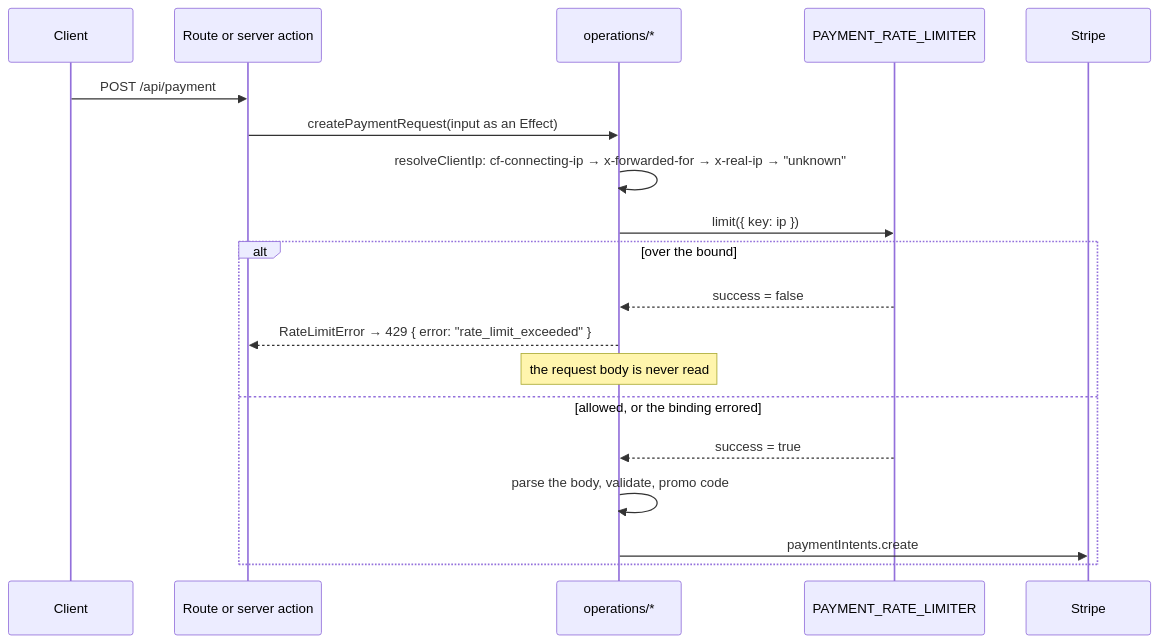
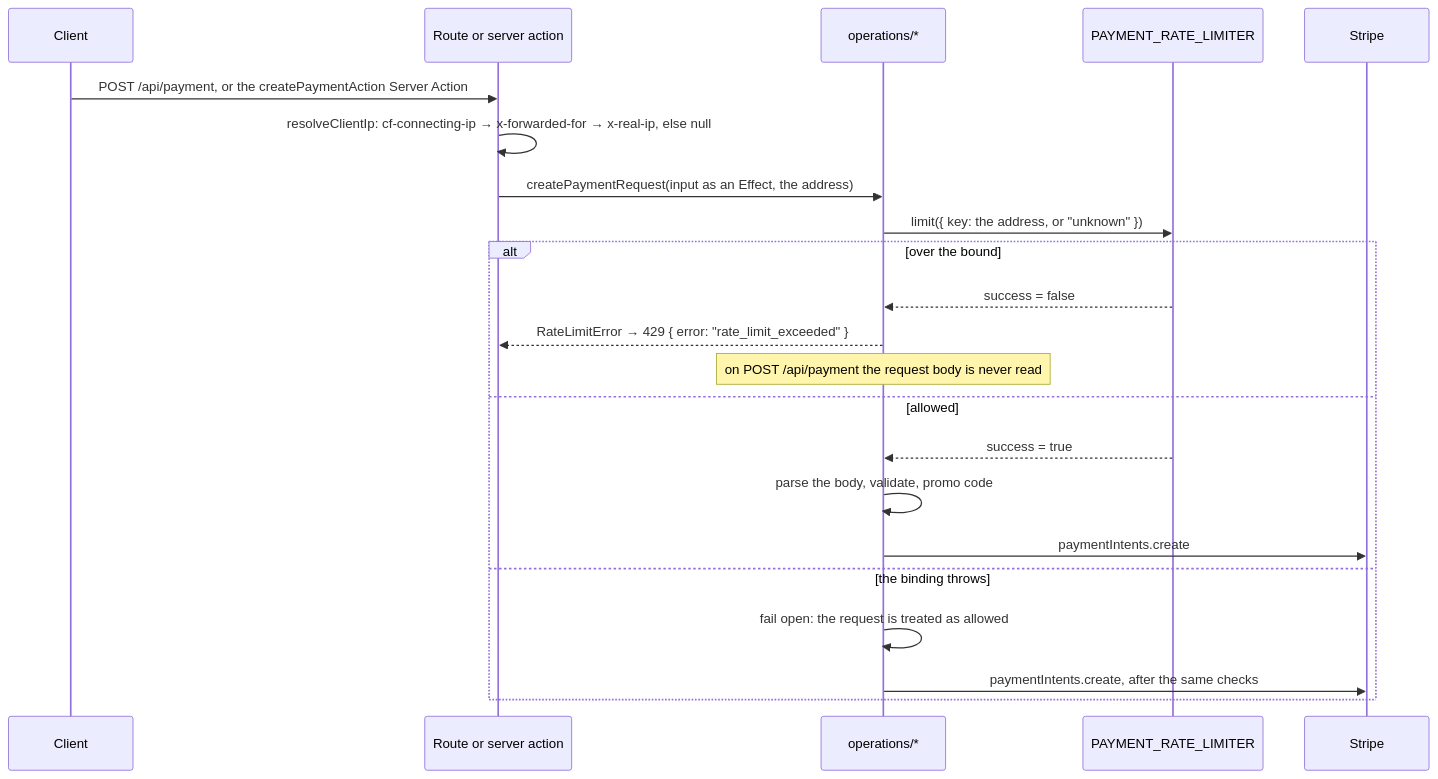
Before and after one commit to fbuireu/forever-pto: the diagram in apps/docs/src/content/docs/how-it-works/rate-limiting.mdx, drawn with Mermaid. The commit also changed 21 other files, not shown here.

````diff
--- a/apps/docs/src/content/docs/how-it-works/rate-limiting.mdx
+++ b/apps/docs/src/content/docs/how-it-works/rate-limiting.mdx
@@ -12,26 +12,29 @@
 ```mermaid
 ---
 config:
   look: handDrawn
   layout: dagre
 ---
 sequenceDiagram
   participant C as Client
   participant R as Route or server action
   participant OP as operations/*
   participant L as PAYMENT_RATE_LIMITER
   participant S as Stripe
-  C->>R: POST /api/payment
-  R->>OP: createPaymentRequest(input as an Effect)
-  OP->>OP: resolveClientIp: cf-connecting-ip → x-forwarded-for → x-real-ip → "unknown"
-  OP->>L: limit({ key: ip })
+  C->>R: POST /api/payment, or the createPaymentAction Server Action
+  R->>R: resolveClientIp: cf-connecting-ip → x-forwarded-for → x-real-ip, else null
+  R->>OP: createPaymentRequest(input as an Effect, the address)
+  OP->>L: limit({ key: the address, or "unknown" })
   alt over the bound
     L-->>OP: success = false
     OP-->>R: RateLimitError → 429 { error: "rate_limit_exceeded" }
-    Note over OP: the request body is never read
-  else allowed, or the binding errored
+    Note over OP: on POST /api/payment the request body is never read
+  else allowed
     L-->>OP: success = true
     OP->>OP: parse the body, validate, promo code
     OP->>S: paymentIntents.create
+  else the binding throws
+    OP->>OP: fail open: the request is treated as allowed
+    OP->>S: paymentIntents.create, after the same checks
   end
 ```
````
